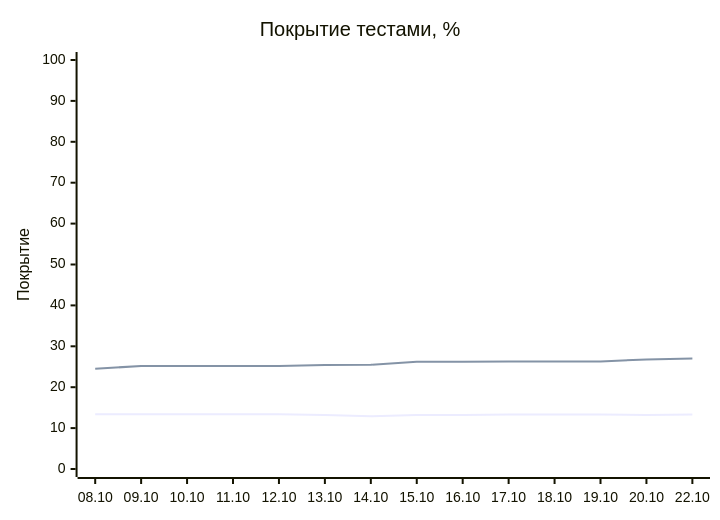
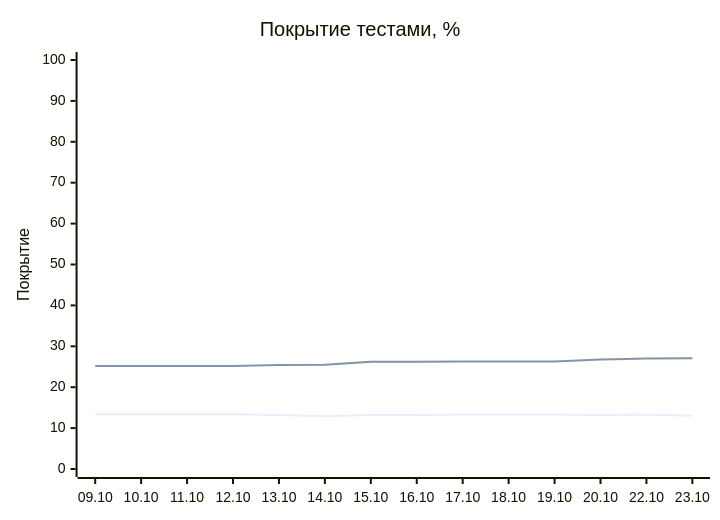
Before and after one commit to EvgeniBondarev/coverage-report: the diagram in README.md, drawn with Mermaid. The commit also changed other lines of this file and 3161 other files, not shown here.

````diff
--- a/README.md
+++ b/README.md
@@ -19,8 +19,8 @@
 ```mermaid
 xychart-beta
     title "Покрытие тестами, %"
-    x-axis ["08.10", "09.10", "10.10", "11.10", "12.10", "13.10", "14.10", "15.10", "16.10", "17.10", "18.10", "19.10", "20.10", "22.10"]
+    x-axis ["09.10", "10.10", "11.10", "12.10", "13.10", "14.10", "15.10", "16.10", "17.10", "18.10", "19.10", "20.10", "22.10", "23.10"]
     y-axis "Покрытие" 0 --> 100
-    line [13.4, 13.4, 13.4, 13.4, 13.4, 13.2, 12.9, 13.2, 13.2, 13.3, 13.3, 13.3, 13.2, 13.3]
-    line [24.5, 25.2, 25.2, 25.2, 25.2, 25.4, 25.5, 26.2, 26.2, 26.3, 26.3, 26.3, 26.8, 27]
+    line [13.4, 13.4, 13.4, 13.4, 13.2, 12.9, 13.2, 13.2, 13.3, 13.3, 13.3, 13.2, 13.3, 13]
+    line [25.2, 25.2, 25.2, 25.2, 25.4, 25.5, 26.2, 26.2, 26.3, 26.3, 26.3, 26.8, 27, 27.1]
 ```
````
